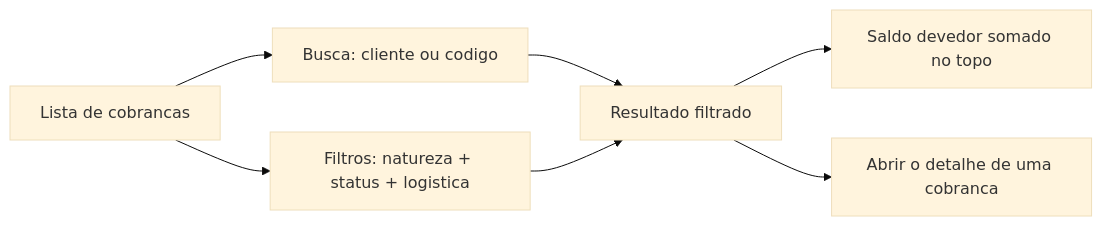
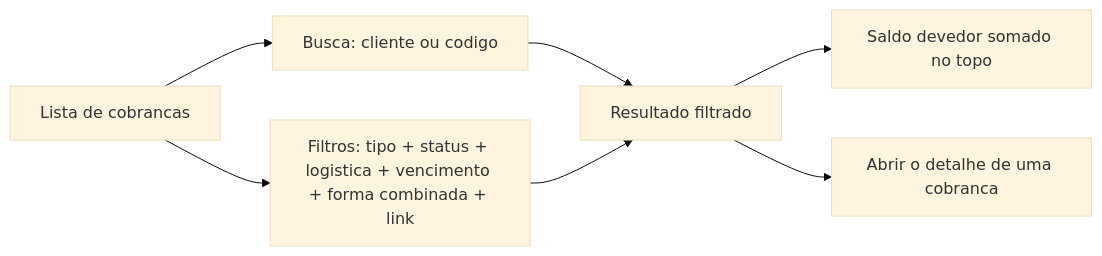
One commit to LocFlowTeam/locflow-docs changed the diagram in cobranca/lista-de-cobrancas.md. Above: the diagram before and after it, drawn with Mermaid (base theme). The commit also changed other lines of this file and 2 other files, not shown here.

First line of the commit message:
Central de ajuda: o formulário mudou depois do texto, e a folha de filtros tem seis grupos, não três

````diff
--- a/cobranca/lista-de-cobrancas.md
+++ b/cobranca/lista-de-cobrancas.md
@@ -123,9 +126,9 @@
 ```mermaid
 flowchart LR
     L[Lista de cobrancas] --> B[Busca: cliente ou codigo]
-    L --> F[Filtros: natureza + status + logistica]
+    L --> F[Filtros: tipo + status + logistica + vencimento + forma combinada + link]
     B --> R[Resultado filtrado]
     F --> R
     R --> S[Saldo devedor somado no topo]
     R --> D[Abrir o detalhe de uma cobranca]
 ```
````
